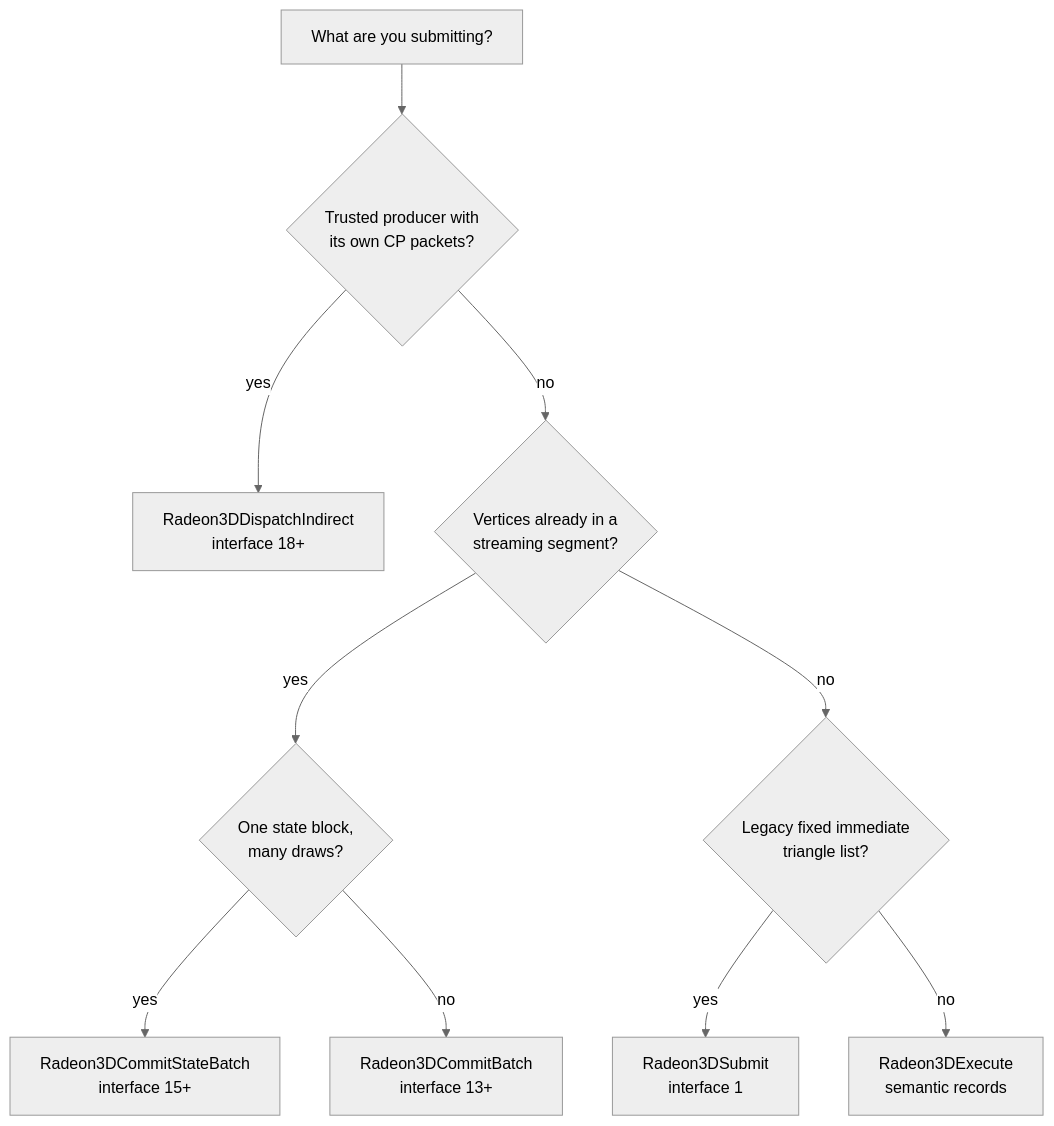
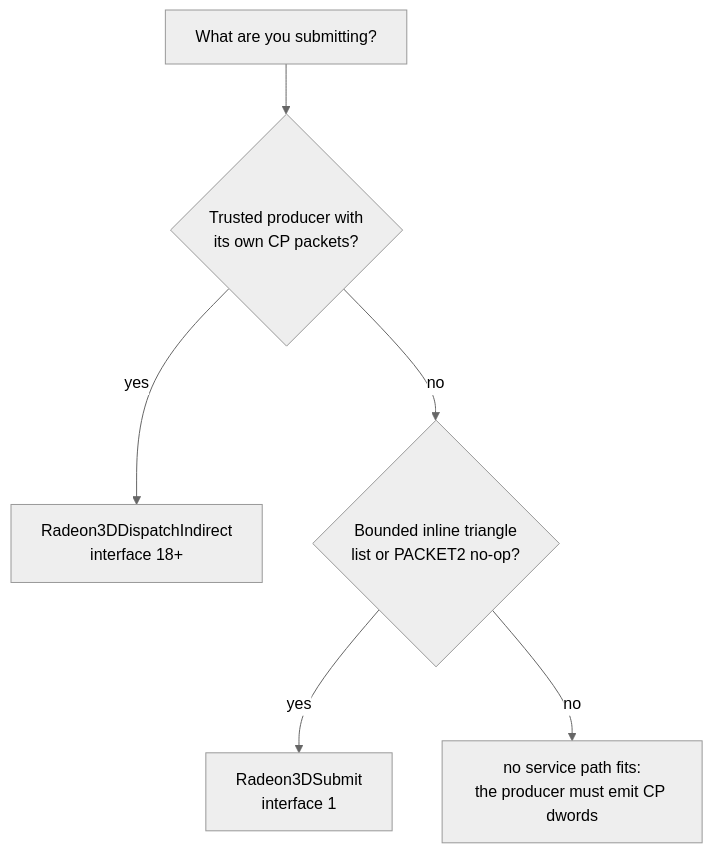
One commit to mirq/r200-p96-driver changed the fourth of 5 diagrams in docs/01-ppc-client-guide.md. Above: the diagram before and after it, drawn with Mermaid (neutral theme). The commit also changed other lines of this file and 40 other files, not shown here.

First line of the commit message:
radeon3d: remove the semantic record path; cpemit submit is the client path

````diff
--- a/docs/01-ppc-client-guide.md
+++ b/docs/01-ppc-client-guide.md
@@ -301,12 +311,8 @@
 ```mermaid
 flowchart TD
     W["What are you submitting?"] --> Q1{"Trusted producer with<br/>its own CP packets?"}
     Q1 -->|yes| IB["Radeon3DDispatchIndirect<br/>interface 18+"]
-    Q1 -->|no| Q2{"Vertices already in a<br/>streaming segment?"}
-    Q2 -->|yes| Q3{"One state block,<br/>many draws?"}
-    Q3 -->|yes| SB["Radeon3DCommitStateBatch<br/>interface 15+"]
-    Q3 -->|no| CB["Radeon3DCommitBatch<br/>interface 13+"]
-    Q2 -->|no| Q4{"Legacy fixed immediate<br/>triangle list?"}
+    Q1 -->|no| Q4{"Bounded inline triangle<br/>list or PACKET2 no-op?"}
     Q4 -->|yes| SUB["Radeon3DSubmit<br/>interface 1"]
-    Q4 -->|no| EX["Radeon3DExecute<br/>semantic records"]
+    Q4 -->|no| NONE["no service path fits:<br/>the producer must emit CP dwords"]
 ```
````
